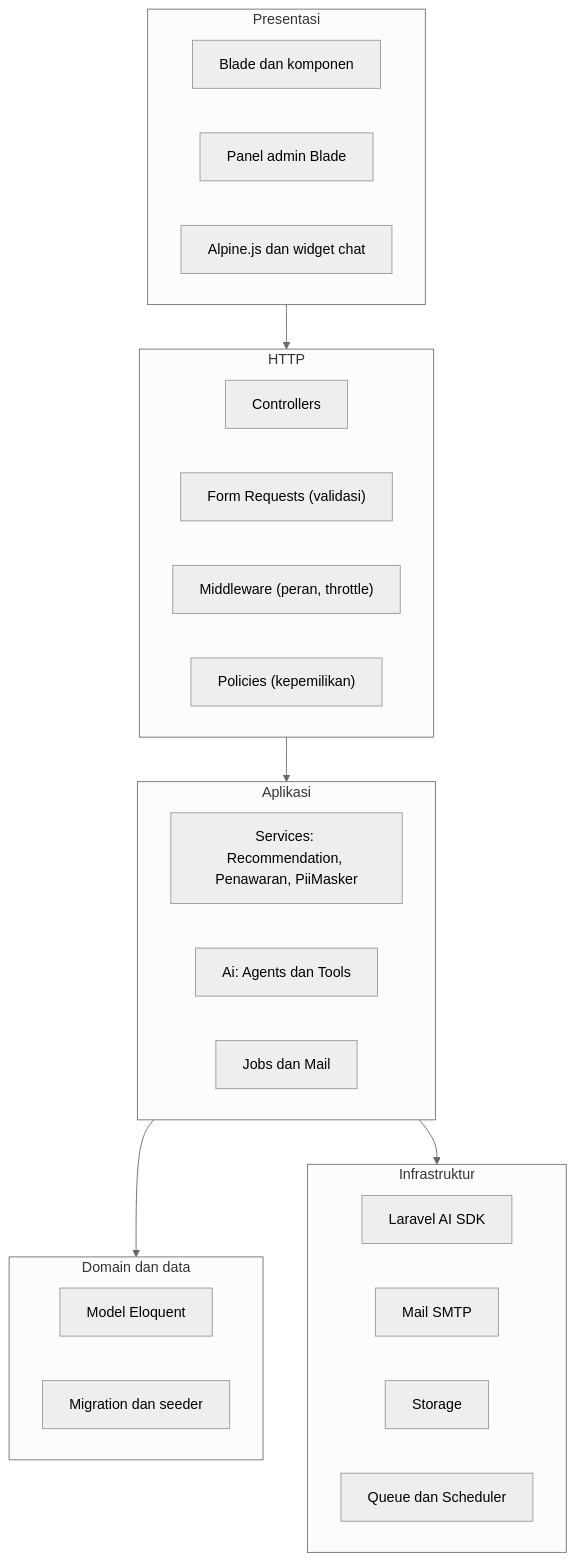
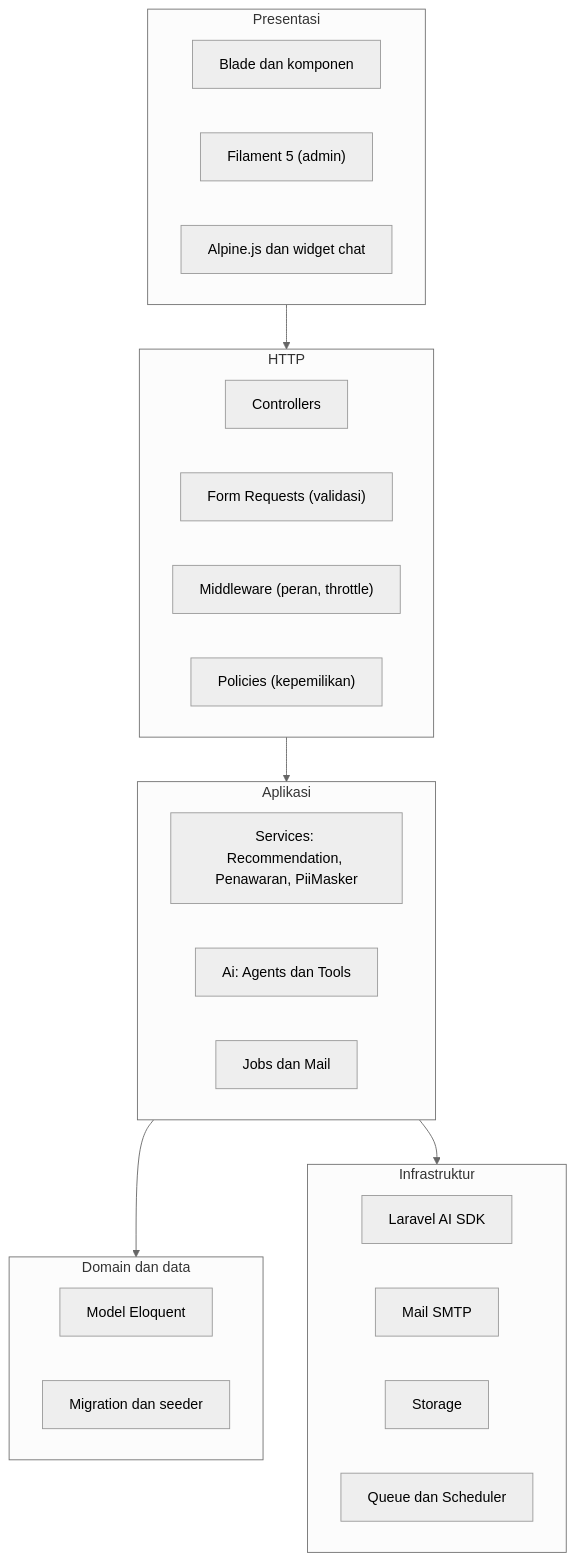
The third of 11 diagrams in SYSTEM_ARCHITECTURE.md (nandafauzi-146/empiris), drawn with Mermaid (neutral theme) before and after one commit. The commit also changed other lines of this file and 26 other files, not shown here.

````diff
--- a/SYSTEM_ARCHITECTURE.md
+++ b/SYSTEM_ARCHITECTURE.md
@@ -111,31 +111,31 @@
 ```mermaid
 flowchart TB
   subgraph P["Presentasi"]
     V1["Blade dan komponen"]
-    V2["Panel admin Blade"]
+    V2["Filament 5 (admin)"]
     V3["Alpine.js dan widget chat"]
   end
   subgraph H["HTTP"]
     H1["Controllers"]
     H2["Form Requests (validasi)"]
     H3["Middleware (peran, throttle)"]
     H4["Policies (kepemilikan)"]
   end
   subgraph A["Aplikasi"]
     A1["Services: Recommendation, Penawaran, PiiMasker"]
     A2["Ai: Agents dan Tools"]
     A3["Jobs dan Mail"]
   end
   subgraph D["Domain dan data"]
     D1["Model Eloquent"]
     D2["Migration dan seeder"]
   end
   subgraph I["Infrastruktur"]
     I1["Laravel AI SDK"]
     I2["Mail SMTP"]
     I3["Storage"]
     I4["Queue dan Scheduler"]
   end
   P --> H --> A --> D
   A --> I
 ```
````
